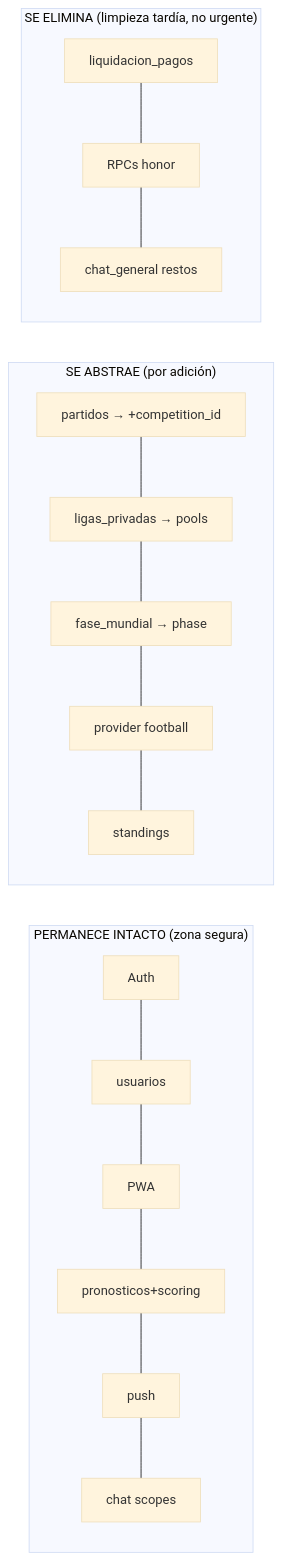
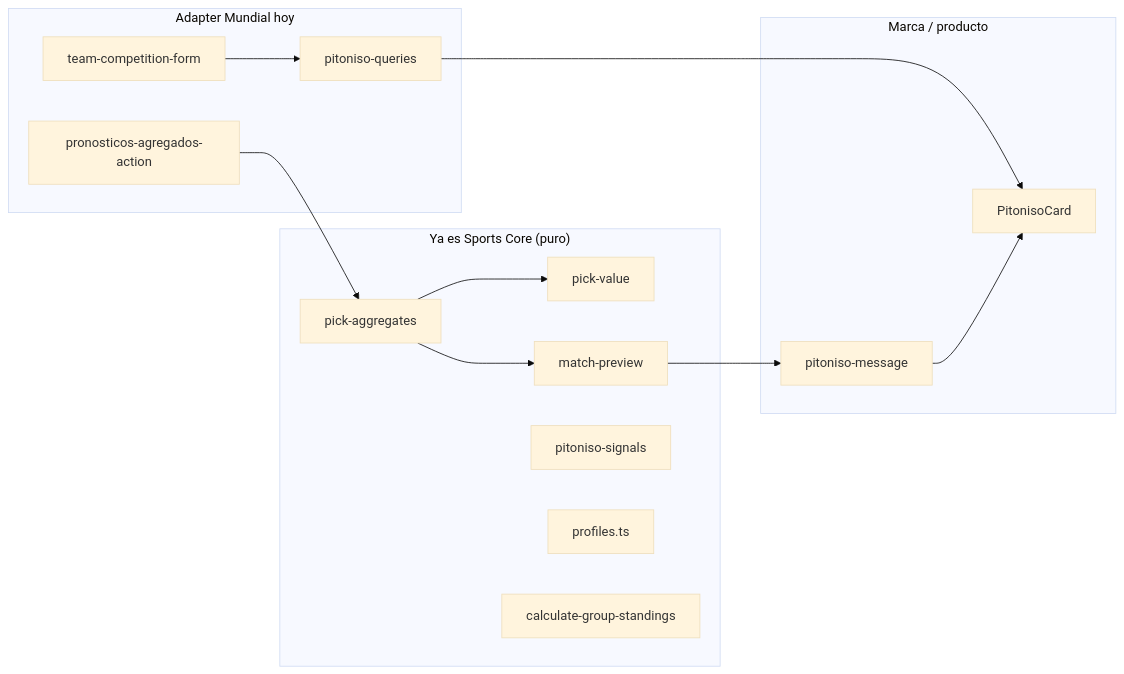
The first of 2 diagrams in SPORTS_CORE_MASTERPLAN.md (jonyts25/mundial-compas), drawn with Mermaid (base theme) before and after one commit. The commit also changed other lines of this file, not shown here.

Commit message:
docs: add Sports Core masterplan

````diff
--- a/SPORTS_CORE_MASTERPLAN.md
+++ b/SPORTS_CORE_MASTERPLAN.md
@@ -257,12 +57,27 @@
 ```mermaid
 flowchart LR
-  subgraph Intacto["PERMANECE INTACTO (zona segura)"]
-    A1[Auth] --- A2[usuarios] --- A3[PWA] --- A4[pronosticos+scoring] --- A5[push] --- A6[chat scopes]
+  subgraph Core["Ya es Sports Core (puro)"]
+    PA[pick-aggregates]
+    PV[pick-value]
+    MP[match-preview]
+    SIG[pitoniso-signals]
+    PR[profiles.ts]
+    CS[calculate-group-standings]
   end
-  subgraph Abstrae["SE ABSTRAE (por adición)"]
-    B1[partidos → +competition_id] --- B2[ligas_privadas → pools] --- B3[fase_mundial → phase] --- B4[provider football] --- B5[standings]
+  subgraph Brand["Marca / producto"]
+    PM[pitoniso-message]
+    UI[PitonisoCard]
   end
-  subgraph Elimina["SE ELIMINA (limpieza tardía, no urgente)"]
-    C1[liquidacion_pagos] --- C2[RPCs honor] --- C3[chat_general restos]
+  subgraph Adapter["Adapter Mundial hoy"]
+    TCF[team-competition-form]
+    PQA[pitoniso-queries]
+    PAA[pronosticos-agregados-action]
   end
+  PA --> PV
+  PA --> MP
+  MP --> PM
+  TCF --> PQA
+  PAA --> PA
+  PQA --> UI
+  PM --> UI
 ```
````
